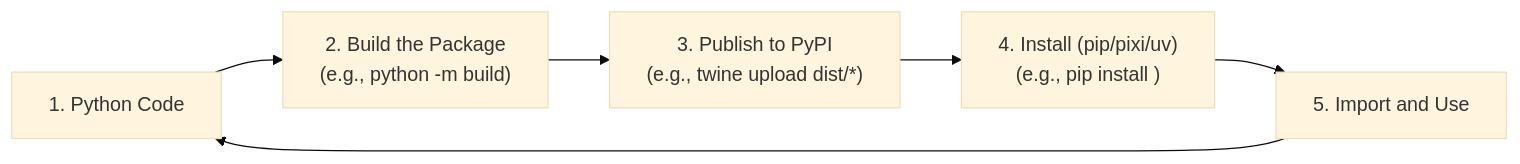
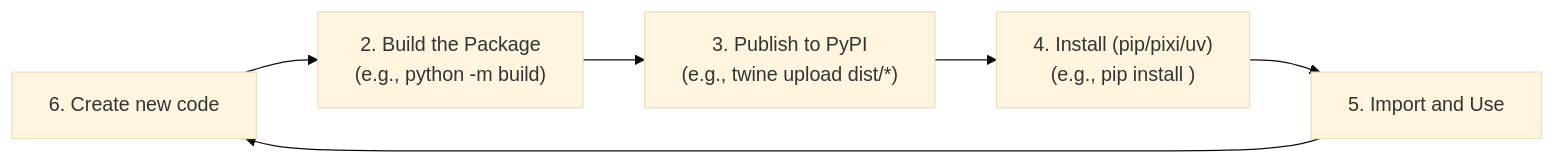
The diagram in episodes/intoduction_python_packaging.md (priya-gitTest/Python-Packaging-with-Pixi), drawn with Mermaid (base theme) before and after one commit.

````diff
--- a/episodes/intoduction_python_packaging.md
+++ b/episodes/intoduction_python_packaging.md
@@ -40,8 +40,8 @@
 ```mermaid
 graph LR
-    A["1. Python Code"] --> B["2. Build the Package\n(e.g., python -m build)"]
-    B --> C["3. Publish to PyPI\n(e.g., twine upload dist/*)"]
-    C --> D["4. Install (pip/pixi/uv)\n(e.g., pip install <package>)"]
+    A["1. Python Code"] --> B["2. Build the Package<br/>(e.g., python -m build)"]
+    B --> C["3. Publish to PyPI<br/>(e.g., twine upload dist/*)"]
+    C --> D["4. Install (pip/pixi/uv)<br/>(e.g., pip install <package>)"]
     D --> E["5. Import and Use"]
-    E --> A
+    E --> A["6. Create new code"]
 ```
````
